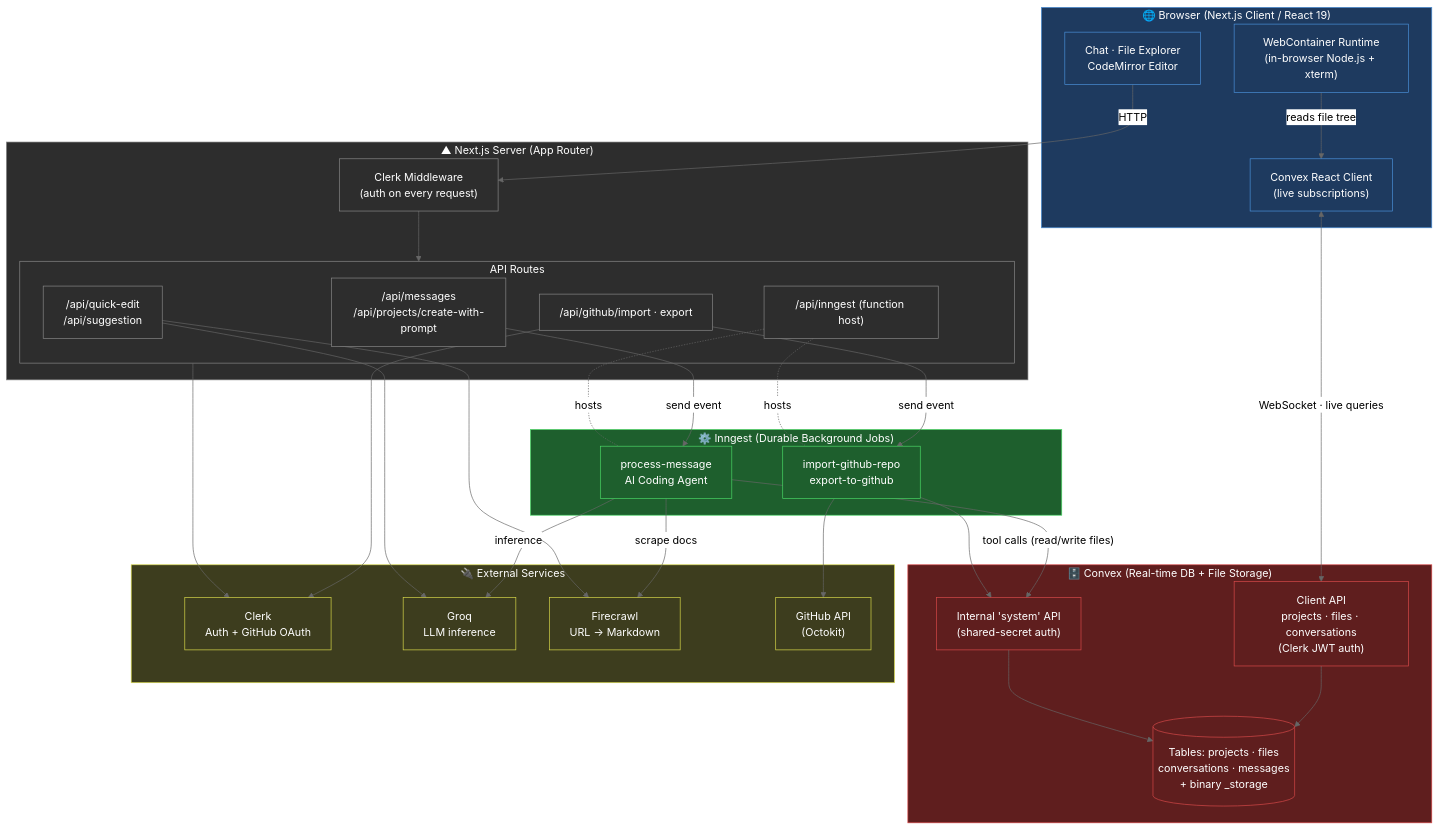
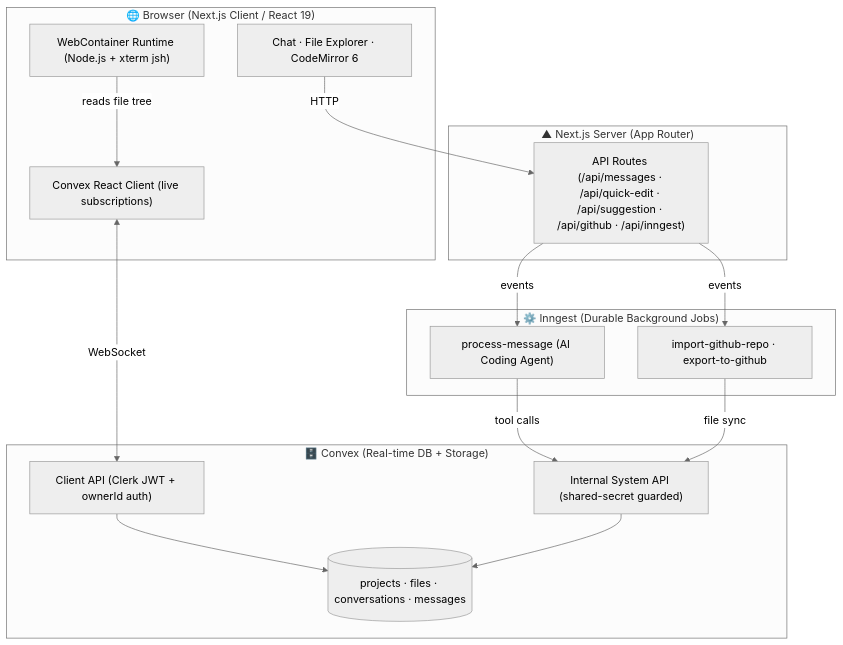
One commit to Nikhil-X-codes/BrowserIDE changed the diagram in README.md. Above: the diagram before and after it, drawn with Mermaid (neutral theme). The commit also changed other lines of this file, not shown here.

Commit message:
docs: streamline README for BrowserIDE

````diff
--- a/README.md
+++ b/README.md
@@ -83,70 +36,33 @@
 ```mermaid
 graph TB
     subgraph Browser["🌐 Browser (Next.js Client / React 19)"]
-        UI["Chat · File Explorer<br/>CodeMirror Editor"]
-        WC["WebContainer Runtime<br/>(in-browser Node.js + xterm)"]
-        Convexsub["Convex React Client<br/>(live subscriptions)"]
+        UI["Chat · File Explorer · CodeMirror 6"]
+        WC["WebContainer Runtime (Node.js + xterm jsh)"]
+        ConvexSub["Convex React Client (live subscriptions)"]
     end
 
-    subgraph Edge["▲ Next.js Server (App Router)"]
-        MW["Clerk Middleware<br/>(auth on every request)"]
-        subgraph Routes["API Routes"]
-            RMsg["/api/messages<br/>/api/projects/create-with-prompt"]
-            RInline["/api/quick-edit<br/>/api/suggestion"]
-            RGit["/api/github/import · export"]
-            RIng["/api/inngest (function host)"]
-        end
+    subgraph Server["▲ Next.js Server (App Router)"]
+        Routes["API Routes (/api/messages · /api/quick-edit · /api/suggestion · /api/github · /api/inngest)"]
     end
 
-    subgraph Backend["🗄️ Convex (Real-time DB + File Storage)"]
-        Client["Client API<br/>projects · files · conversations<br/>(Clerk JWT auth)"]
-        System["Internal 'system' API<br/>(shared-secret auth)"]
-        DB[("Tables: projects · files<br/>conversations · messages<br/>+ binary _storage")]
+    subgraph Backend["🗄️ Convex (Real-time DB + Storage)"]
+        ClientAPI["Client API (Clerk JWT + ownerId auth)"]
+        SystemAPI["Internal System API (shared-secret guarded)"]
+        DB[("projects · files · conversations · messages")]
     end
 
     subgraph Jobs["⚙️ Inngest (Durable Background Jobs)"]
-        Agent["process-message<br/>AI Coding Agent"]
-        GitJobs["import-github-repo<br/>export-to-github"]
+        Agent["process-message (AI Coding Agent)"]
+        GitJobs["import-github-repo · export-to-github"]
     end
 
-    subgraph External["🔌 External Services"]
-        Clerk["Clerk<br/>Auth + GitHub OAuth"]
-        Groq["Groq<br/>LLM inference"]
-        Firecrawl["Firecrawl<br/>URL → Markdown"]
-        GitHub["GitHub API<br/>(Octokit)"]
-    end
-
-    UI -->|"HTTP"| MW
-    MW --> Routes
-    Convexsub <-->|"WebSocket · live queries"| Client
-    Client --> DB
-    System --> DB
-    WC -->|"reads file tree"| Convexsub
-
-    RMsg -->|"send event"| Agent
-    RGit -->|"send event"| GitJobs
-    RIng -.hosts.- Agent
-    RIng -.hosts.- GitJobs
-
-    Agent -->|"tool calls (read/write files)"| System
-    Agent -->|"inference"| Groq
-    Agent -->|"scrape docs"| Firecrawl
-    GitJobs --> System
-    GitJobs --> GitHub
-
-    RInline --> Groq
-    RInline --> Firecrawl
-    Routes --> Clerk
-    RGit --> Clerk
-
-    classDef browser fill:#1e3a5f,stroke:#4a90d9,color:#fff
-    classDef edge fill:#2d2d2d,stroke:#888,color:#fff
-    classDef backend fill:#5f1e1e,stroke:#d94a4a,color:#fff
-    classDef jobs fill:#1e5f2d,stroke:#4ad966,color:#fff
-    classDef external fill:#3d3d1e,stroke:#d9d94a,color:#fff
-    class Browser,UI,WC,Convexsub browser
-    class Edge,MW,Routes,RMsg,RInline,RGit,RIng edge
-    class Backend,Client,System,DB backend
-    class Jobs,Agent,GitJobs jobs
-    class External,Clerk,Groq,Firecrawl,GitHub external
+    UI -->|"HTTP"| Routes
+    ConvexSub <-->|"WebSocket"| ClientAPI
+    ClientAPI --> DB
+    SystemAPI --> DB
+    WC -->|"reads file tree"| ConvexSub
+    Routes -->|"events"| Agent
+    Routes -->|"events"| GitJobs
+    Agent -->|"tool calls"| SystemAPI
+    GitJobs -->|"file sync"| SystemAPI
 ```
````
